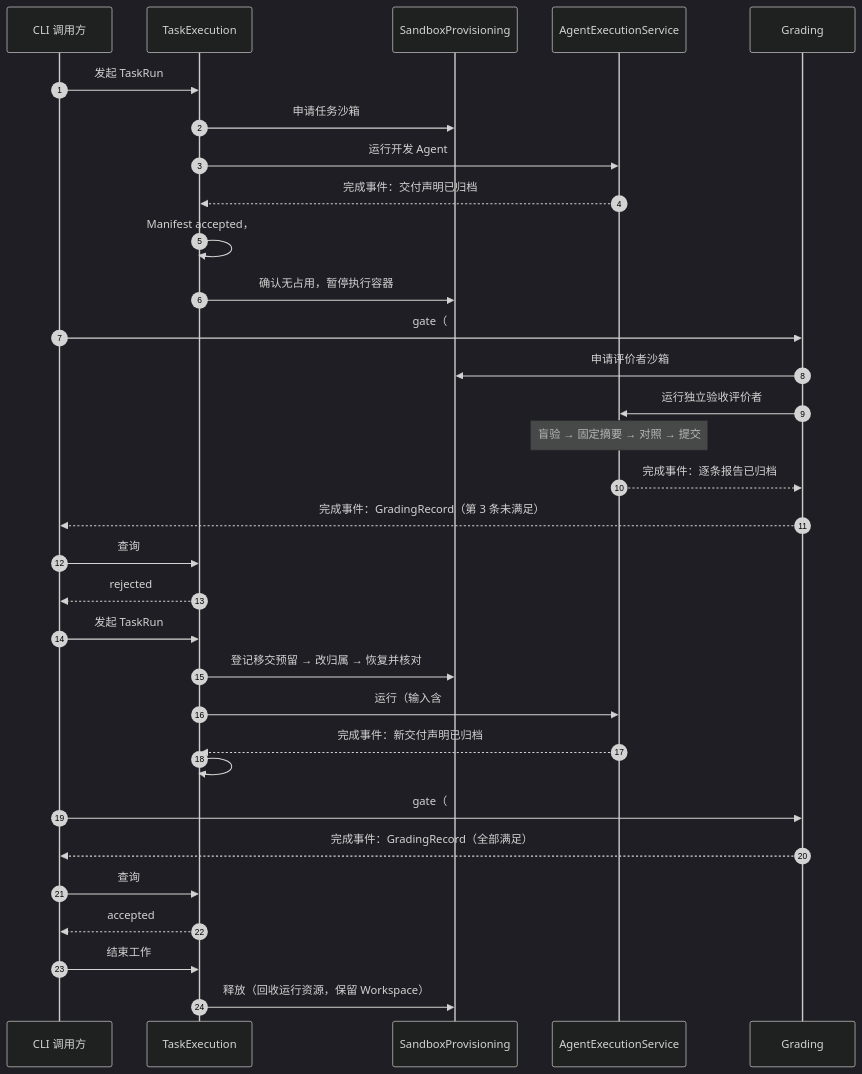
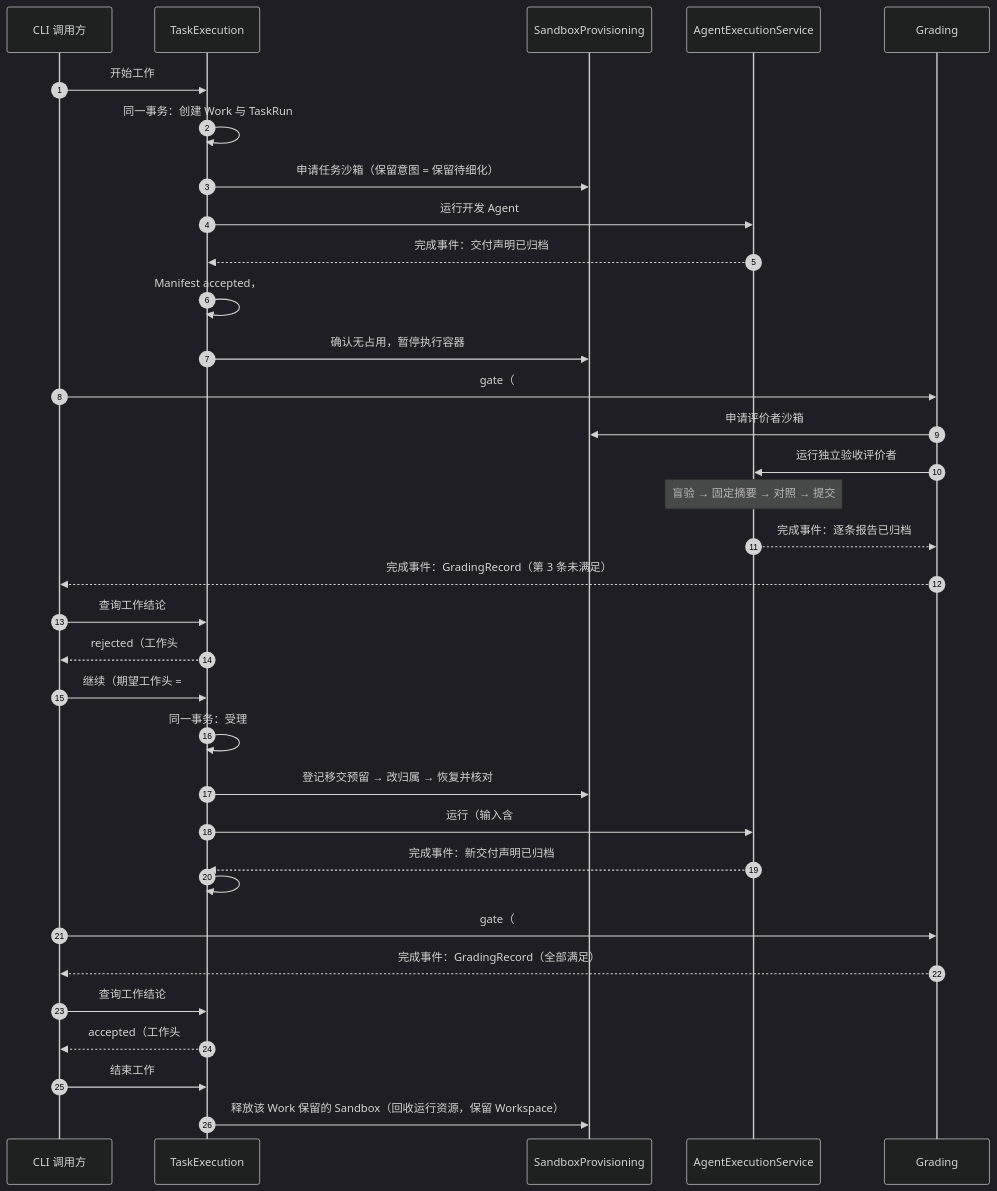
One commit to MaybeLL/Ground changed the diagram in docs/assets/model-seq-dev.mmd. Above: the diagram before and after it, drawn with Mermaid (dark theme). The commit also changed 11 other files, not shown here.

```diff
--- a/docs/assets/model-seq-dev.mmd
+++ b/docs/assets/model-seq-dev.mmd
@@ -1,32 +1,34 @@
 sequenceDiagram
   autonumber
   participant U as CLI 调用方
   participant TE as TaskExecution
   participant SB as SandboxProvisioning
   participant AE as AgentExecutionService
   participant GR as Grading
-  U->>TE: 发起 TaskRun #1（保留意图=保留待细化）
-  TE->>SB: 申请任务沙箱
+  U->>TE: 开始工作
+  TE->>TE: 同一事务：创建 Work 与 TaskRun #1，工作头 = #1
+  TE->>SB: 申请任务沙箱（保留意图 = 保留待细化）
   TE->>AE: 运行开发 Agent
   AE-->>TE: 完成事件：交付声明已归档
   TE->>TE: Manifest accepted，#1 已交付
   TE->>SB: 确认无占用，暂停执行容器
   U->>GR: gate（#1 的绑定）
   GR->>SB: 申请评价者沙箱
   GR->>AE: 运行独立验收评价者
   Note over AE: 盲验 → 固定摘要 → 对照 → 提交
   AE-->>GR: 完成事件：逐条报告已归档
   GR-->>U: 完成事件：GradingRecord（第 3 条未满足）
-  U->>TE: 查询 #1 的工作结论
-  TE-->>U: rejected
-  U->>TE: 发起 TaskRun #2 refines #1，接手 Sandbox
+  U->>TE: 查询工作结论
+  TE-->>U: rejected（工作头 #1）
+  U->>TE: 继续（期望工作头 = #1）
+  TE->>TE: 同一事务：受理 #2 refines #1，工作头 = #2
   TE->>SB: 登记移交预留 → 改归属 → 恢复并核对
   TE->>AE: 运行（输入含 #1 的交付与验收意见）
   AE-->>TE: 完成事件：新交付声明已归档
   TE->>TE: #2 已交付
   U->>GR: gate（#2 的绑定，全部重验）
   GR-->>U: 完成事件：GradingRecord（全部满足）
-  U->>TE: 查询 #2 的工作结论
-  TE-->>U: accepted
+  U->>TE: 查询工作结论
+  TE-->>U: accepted（工作头 #2）
   U->>TE: 结束工作
-  TE->>SB: 释放（回收运行资源，保留 Workspace）
+  TE->>SB: 释放该 Work 保留的 Sandbox（回收运行资源，保留 Workspace）
```
